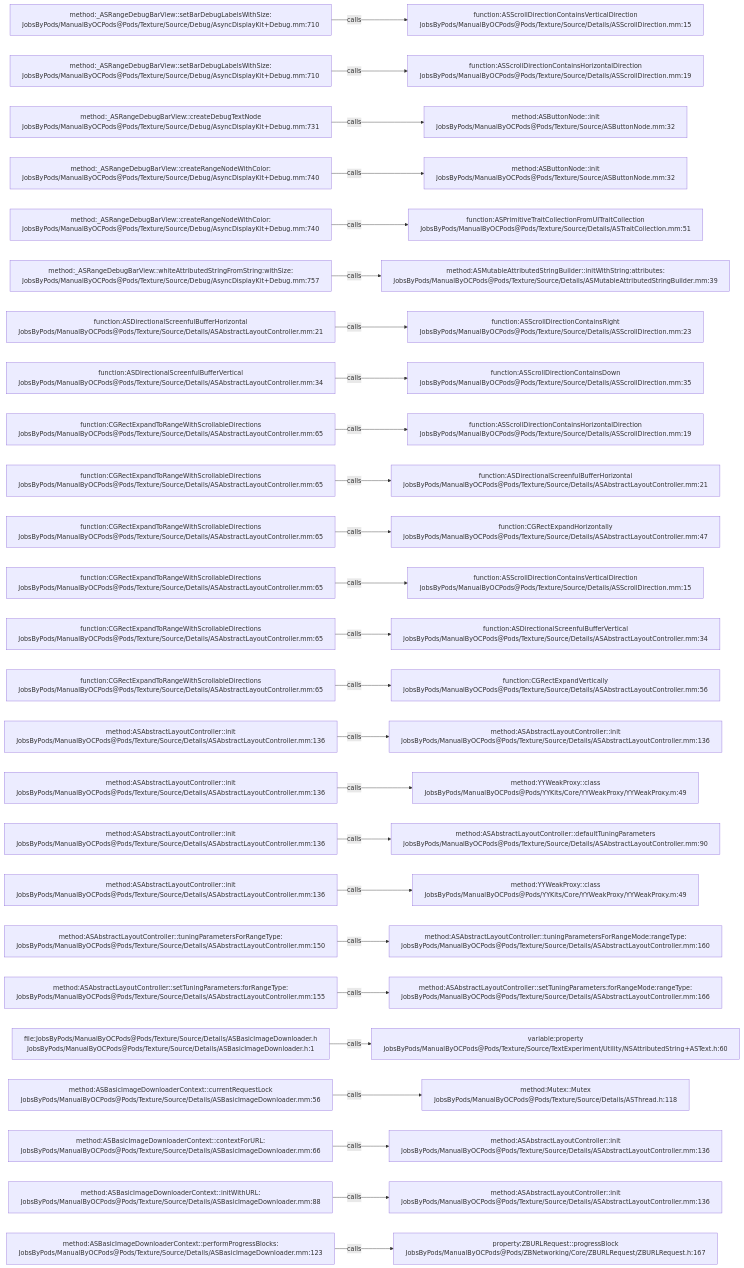
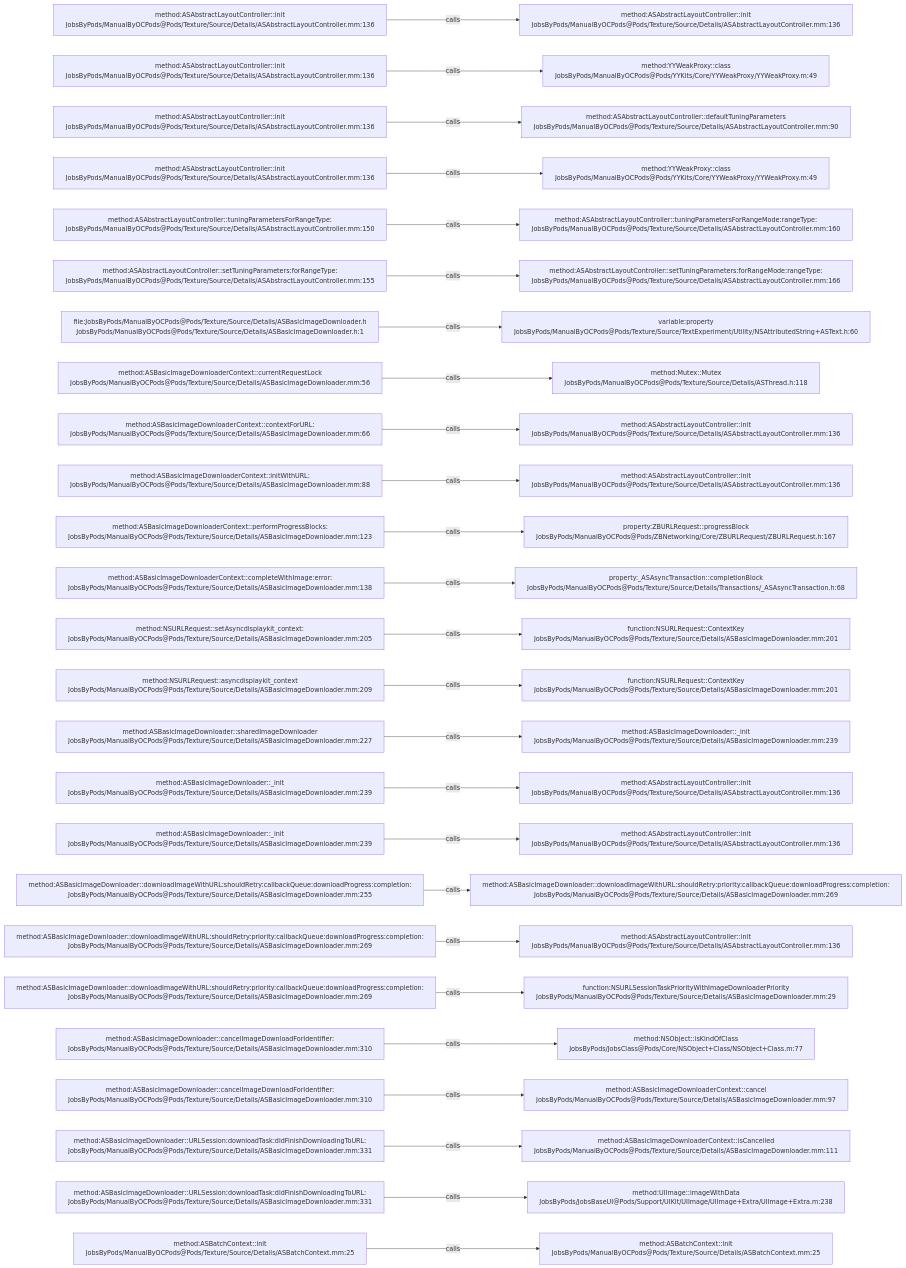
One commit to JobsKits/JobsOCBaseConfigDemo changed the diagram in .codegraph/codegraph.md/graphs/calls-152.md. Above: the diagram before and after it, drawn with Mermaid. The commit also changed 296 other files, not shown here.

````diff
--- a/.codegraph/codegraph.md/graphs/calls-152.md
+++ b/.codegraph/codegraph.md/graphs/calls-152.md
@@ -13,78 +13,78 @@
 ```mermaid
 flowchart LR
-  S1["method:_ASRangeDebugBarView::setBarDebugLabelsWithSize:<br/>JobsByPods/ManualByOCPods@Pods/Texture/Source/Debug/AsyncDisplayKit+Debug.mm:710"]
-  T1["function:ASScrollDirectionContainsVerticalDirection<br/>JobsByPods/ManualByOCPods@Pods/Texture/Source/Details/ASScrollDirection.mm:15"]
+  S1["method:ASAbstractLayoutController::init<br/>JobsByPods/ManualByOCPods@Pods/Texture/Source/Details/ASAbstractLayoutController.mm:136"]
+  T1["method:ASAbstractLayoutController::init<br/>JobsByPods/ManualByOCPods@Pods/Texture/Source/Details/ASAbstractLayoutController.mm:136"]
   S1 -->|calls| T1
-  S2["method:_ASRangeDebugBarView::setBarDebugLabelsWithSize:<br/>JobsByPods/ManualByOCPods@Pods/Texture/Source/Debug/AsyncDisplayKit+Debug.mm:710"]
-  T2["function:ASScrollDirectionContainsHorizontalDirection<br/>JobsByPods/ManualByOCPods@Pods/Texture/Source/Details/ASScrollDirection.mm:19"]
+  S2["method:ASAbstractLayoutController::init<br/>JobsByPods/ManualByOCPods@Pods/Texture/Source/Details/ASAbstractLayoutController.mm:136"]
+  T2["method:YYWeakProxy::class<br/>JobsByPods/ManualByOCPods@Pods/YYKits/Core/YYWeakProxy/YYWeakProxy.m:49"]
   S2 -->|calls| T2
-  S3["method:_ASRangeDebugBarView::createDebugTextNode<br/>JobsByPods/ManualByOCPods@Pods/Texture/Source/Debug/AsyncDisplayKit+Debug.mm:731"]
-  T3["method:ASButtonNode::init<br/>JobsByPods/ManualByOCPods@Pods/Texture/Source/ASButtonNode.mm:32"]
+  S3["method:ASAbstractLayoutController::init<br/>JobsByPods/ManualByOCPods@Pods/Texture/Source/Details/ASAbstractLayoutController.mm:136"]
+  T3["method:ASAbstractLayoutController::defaultTuningParameters<br/>JobsByPods/ManualByOCPods@Pods/Texture/Source/Details/ASAbstractLayoutController.mm:90"]
   S3 -->|calls| T3
-  S4["method:_ASRangeDebugBarView::createRangeNodeWithColor:<br/>JobsByPods/ManualByOCPods@Pods/Texture/Source/Debug/AsyncDisplayKit+Debug.mm:740"]
-  T4["method:ASButtonNode::init<br/>JobsByPods/ManualByOCPods@Pods/Texture/Source/ASButtonNode.mm:32"]
+  S4["method:ASAbstractLayoutController::init<br/>JobsByPods/ManualByOCPods@Pods/Texture/Source/Details/ASAbstractLayoutController.mm:136"]
+  T4["method:YYWeakProxy::class<br/>JobsByPods/ManualByOCPods@Pods/YYKits/Core/YYWeakProxy/YYWeakProxy.m:49"]
   S4 -->|calls| T4
-  S5["method:_ASRangeDebugBarView::createRangeNodeWithColor:<br/>JobsByPods/ManualByOCPods@Pods/Texture/Source/Debug/AsyncDisplayKit+Debug.mm:740"]
-  T5["function:ASPrimitiveTraitCollectionFromUITraitCollection<br/>JobsByPods/ManualByOCPods@Pods/Texture/Source/Details/ASTraitCollection.mm:51"]
+  S5["method:ASAbstractLayoutController::tuningParametersForRangeType:<br/>JobsByPods/ManualByOCPods@Pods/Texture/Source/Details/ASAbstractLayoutController.mm:150"]
+  T5["method:ASAbstractLayoutController::tuningParametersForRangeMode:rangeType:<br/>JobsByPods/ManualByOCPods@Pods/Texture/Source/Details/ASAbstractLayoutController.mm:160"]
   S5 -->|calls| T5
-  S6["method:_ASRangeDebugBarView::whiteAttributedStringFromString:withSize:<br/>JobsByPods/ManualByOCPods@Pods/Texture/Source/Debug/AsyncDisplayKit+Debug.mm:757"]
-  T6["method:ASMutableAttributedStringBuilder::initWithString:attributes:<br/>JobsByPods/ManualByOCPods@Pods/Texture/Source/Details/ASMutableAttributedStringBuilder.mm:39"]
+  S6["method:ASAbstractLayoutController::setTuningParameters:forRangeType:<br/>JobsByPods/ManualByOCPods@Pods/Texture/Source/Details/ASAbstractLayoutController.mm:155"]
+  T6["method:ASAbstractLayoutController::setTuningParameters:forRangeMode:rangeType:<br/>JobsByPods/ManualByOCPods@Pods/Texture/Source/Details/ASAbstractLayoutController.mm:166"]
   S6 -->|calls| T6
-  S7["function:ASDirectionalScreenfulBufferHorizontal<br/>JobsByPods/ManualByOCPods@Pods/Texture/Source/Details/ASAbstractLayoutController.mm:21"]
-  T7["function:ASScrollDirectionContainsRight<br/>JobsByPods/ManualByOCPods@Pods/Texture/Source/Details/ASScrollDirection.mm:23"]
+  S7["file:JobsByPods/ManualByOCPods@Pods/Texture/Source/Details/ASBasicImageDownloader.h<br/>JobsByPods/ManualByOCPods@Pods/Texture/Source/Details/ASBasicImageDownloader.h:1"]
+  T7["variable:property<br/>JobsByPods/ManualByOCPods@Pods/Texture/Source/TextExperiment/Utility/NSAttributedString+ASText.h:60"]
   S7 -->|calls| T7
-  S8["function:ASDirectionalScreenfulBufferVertical<br/>JobsByPods/ManualByOCPods@Pods/Texture/Source/Details/ASAbstractLayoutController.mm:34"]
-  T8["function:ASScrollDirectionContainsDown<br/>JobsByPods/ManualByOCPods@Pods/Texture/Source/Details/ASScrollDirection.mm:35"]
+  S8["method:ASBasicImageDownloaderContext::currentRequestLock<br/>JobsByPods/ManualByOCPods@Pods/Texture/Source/Details/ASBasicImageDownloader.mm:56"]
+  T8["method:Mutex::Mutex<br/>JobsByPods/ManualByOCPods@Pods/Texture/Source/Details/ASThread.h:118"]
   S8 -->|calls| T8
-  S9["function:CGRectExpandToRangeWithScrollableDirections<br/>JobsByPods/ManualByOCPods@Pods/Texture/Source/Details/ASAbstractLayoutController.mm:65"]
-  T9["function:ASScrollDirectionContainsHorizontalDirection<br/>JobsByPods/ManualByOCPods@Pods/Texture/Source/Details/ASScrollDirection.mm:19"]
+  S9["method:ASBasicImageDownloaderContext::contextForURL:<br/>JobsByPods/ManualByOCPods@Pods/Texture/Source/Details/ASBasicImageDownloader.mm:66"]
+  T9["method:ASAbstractLayoutController::init<br/>JobsByPods/ManualByOCPods@Pods/Texture/Source/Details/ASAbstractLayoutController.mm:136"]
   S9 -->|calls| T9
-  S10["function:CGRectExpandToRangeWithScrollableDirections<br/>JobsByPods/ManualByOCPods@Pods/Texture/Source/Details/ASAbstractLayoutController.mm:65"]
-  T10["function:ASDirectionalScreenfulBufferHorizontal<br/>JobsByPods/ManualByOCPods@Pods/Texture/Source/Details/ASAbstractLayoutController.mm:21"]
+  S10["method:ASBasicImageDownloaderContext::initWithURL:<br/>JobsByPods/ManualByOCPods@Pods/Texture/Source/Details/ASBasicImageDownloader.mm:88"]
+  T10["method:ASAbstractLayoutController::init<br/>JobsByPods/ManualByOCPods@Pods/Texture/Source/Details/ASAbstractLayoutController.mm:136"]
   S10 -->|calls| T10
-  S11["function:CGRectExpandToRangeWithScrollableDirections<br/>JobsByPods/ManualByOCPods@Pods/Texture/Source/Details/ASAbstractLayoutController.mm:65"]
-  T11["function:CGRectExpandHorizontally<br/>JobsByPods/ManualByOCPods@Pods/Texture/Source/Details/ASAbstractLayoutController.mm:47"]
+  S11["method:ASBasicImageDownloaderContext::performProgressBlocks:<br/>JobsByPods/ManualByOCPods@Pods/Texture/Source/Details/ASBasicImageDownloader.mm:123"]
+  T11["property:ZBURLRequest::progressBlock<br/>JobsByPods/ManualByOCPods@Pods/ZBNetworking/Core/ZBURLRequest/ZBURLRequest.h:167"]
   S11 -->|calls| T11
-  S12["function:CGRectExpandToRangeWithScrollableDirections<br/>JobsByPods/ManualByOCPods@Pods/Texture/Source/Details/ASAbstractLayoutController.mm:65"]
-  T12["function:ASScrollDirectionContainsVerticalDirection<br/>JobsByPods/ManualByOCPods@Pods/Texture/Source/Details/ASScrollDirection.mm:15"]
+  S12["method:ASBasicImageDownloaderContext::completeWithImage:error:<br/>JobsByPods/ManualByOCPods@Pods/Texture/Source/Details/ASBasicImageDownloader.mm:138"]
+  T12["property:_ASAsyncTransaction::completionBlock<br/>JobsByPods/ManualByOCPods@Pods/Texture/Source/Details/Transactions/_ASAsyncTransaction.h:68"]
   S12 -->|calls| T12
-  S13["function:CGRectExpandToRangeWithScrollableDirections<br/>JobsByPods/ManualByOCPods@Pods/Texture/Source/Details/ASAbstractLayoutController.mm:65"]
-  T13["function:ASDirectionalScreenfulBufferVertical<br/>JobsByPods/ManualByOCPods@Pods/Texture/Source/Details/ASAbstractLayoutController.mm:34"]
+  S13["method:NSURLRequest::setAsyncdisplaykit_context:<br/>JobsByPods/ManualByOCPods@Pods/Texture/Source/Details/ASBasicImageDownloader.mm:205"]
+  T13["function:NSURLRequest::ContextKey<br/>JobsByPods/ManualByOCPods@Pods/Texture/Source/Details/ASBasicImageDownloader.mm:201"]
   S13 -->|calls| T13
-  S14["function:CGRectExpandToRangeWithScrollableDirections<br/>JobsByPods/ManualByOCPods@Pods/Texture/Source/Details/ASAbstractLayoutController.mm:65"]
-  T14["function:CGRectExpandVertically<br/>JobsByPods/ManualByOCPods@Pods/Texture/Source/Details/ASAbstractLayoutController.mm:56"]
+  S14["method:NSURLRequest::asyncdisplaykit_context<br/>JobsByPods/ManualByOCPods@Pods/Texture/Source/Details/ASBasicImageDownloader.mm:209"]
+  T14["function:NSURLRequest::ContextKey<br/>JobsByPods/ManualByOCPods@Pods/Texture/Source/Details/ASBasicImageDownloader.mm:201"]
   S14 -->|calls| T14
-  S15["method:ASAbstractLayoutController::init<br/>JobsByPods/ManualByOCPods@Pods/Texture/Source/Details/ASAbstractLayoutController.mm:136"]
-  T15["method:ASAbstractLayoutController::init<br/>JobsByPods/ManualByOCPods@Pods/Texture/Source/Details/ASAbstractLayoutController.mm:136"]
+  S15["method:ASBasicImageDownloader::sharedImageDownloader<br/>JobsByPods/ManualByOCPods@Pods/Texture/Source/Details/ASBasicImageDownloader.mm:227"]
+  T15["method:ASBasicImageDownloader::_init<br/>JobsByPods/ManualByOCPods@Pods/Texture/Source/Details/ASBasicImageDownloader.mm:239"]
   S15 -->|calls| T15
-  S16["method:ASAbstractLayoutController::init<br/>JobsByPods/ManualByOCPods@Pods/Texture/Source/Details/ASAbstractLayoutController.mm:136"]
-  T16["method:YYWeakProxy::class<br/>JobsByPods/ManualByOCPods@Pods/YYKits/Core/YYWeakProxy/YYWeakProxy.m:49"]
+  S16["method:ASBasicImageDownloader::_init<br/>JobsByPods/ManualByOCPods@Pods/Texture/Source/Details/ASBasicImageDownloader.mm:239"]
+  T16["method:ASAbstractLayoutController::init<br/>JobsByPods/ManualByOCPods@Pods/Texture/Source/Details/ASAbstractLayoutController.mm:136"]
   S16 -->|calls| T16
-  S17["method:ASAbstractLayoutController::init<br/>JobsByPods/ManualByOCPods@Pods/Texture/Source/Details/ASAbstractLayoutController.mm:136"]
-  T17["method:ASAbstractLayoutController::defaultTuningParameters<br/>JobsByPods/ManualByOCPods@Pods/Texture/Source/Details/ASAbstractLayoutController.mm:90"]
+  S17["method:ASBasicImageDownloader::_init<br/>JobsByPods/ManualByOCPods@Pods/Texture/Source/Details/ASBasicImageDownloader.mm:239"]
+  T17["method:ASAbstractLayoutController::init<br/>JobsByPods/ManualByOCPods@Pods/Texture/Source/Details/ASAbstractLayoutController.mm:136"]
   S17 -->|calls| T17
-  S18["method:ASAbstractLayoutController::init<br/>JobsByPods/ManualByOCPods@Pods/Texture/Source/Details/ASAbstractLayoutController.mm:136"]
-  T18["method:YYWeakProxy::class<br/>JobsByPods/ManualByOCPods@Pods/YYKits/Core/YYWeakProxy/YYWeakProxy.m:49"]
+  S18["method:ASBasicImageDownloader::downloadImageWithURL:shouldRetry:callbackQueue:downloadProgress:completion:<br/>JobsByPods/ManualByOCPods@Pods/Texture/Source/Details/ASBasicImageDownloader.mm:255"]
+  T18["method:ASBasicImageDownloader::downloadImageWithURL:shouldRetry:priority:callbackQueue:downloadProgress:completion:<br/>JobsByPods/ManualByOCPods@Pods/Texture/Source/Details/ASBasicImageDownloader.mm:269"]
   S18 -->|calls| T18
-  S19["method:ASAbstractLayoutController::tuningParametersForRangeType:<br/>JobsByPods/ManualByOCPods@Pods/Texture/Source/Details/ASAbstractLayoutController.mm:150"]
-  T19["method:ASAbstractLayoutController::tuningParametersForRangeMode:rangeType:<br/>JobsByPods/ManualByOCPods@Pods/Texture/Source/Details/ASAbstractLayoutController.mm:160"]
+  S19["method:ASBasicImageDownloader::downloadImageWithURL:shouldRetry:priority:callbackQueue:downloadProgress:completion:<br/>JobsByPods/ManualByOCPods@Pods/Texture/Source/Details/ASBasicImageDownloader.mm:269"]
+  T19["method:ASAbstractLayoutController::init<br/>JobsByPods/ManualByOCPods@Pods/Texture/Source/Details/ASAbstractLayoutController.mm:136"]
   S19 -->|calls| T19
-  S20["method:ASAbstractLayoutController::setTuningParameters:forRangeType:<br/>JobsByPods/ManualByOCPods@Pods/Texture/Source/Details/ASAbstractLayoutController.mm:155"]
-  T20["method:ASAbstractLayoutController::setTuningParameters:forRangeMode:rangeType:<br/>JobsByPods/ManualByOCPods@Pods/Texture/Source/Details/ASAbstractLayoutController.mm:166"]
+  S20["method:ASBasicImageDownloader::downloadImageWithURL:shouldRetry:priority:callbackQueue:downloadProgress:completion:<br/>JobsByPods/ManualByOCPods@Pods/Texture/Source/Details/ASBasicImageDownloader.mm:269"]
+  T20["function:NSURLSessionTaskPriorityWithImageDownloaderPriority<br/>JobsByPods/ManualByOCPods@Pods/Texture/Source/Details/ASBasicImageDownloader.mm:29"]
   S20 -->|calls| T20
-  S21["file:JobsByPods/ManualByOCPods@Pods/Texture/Source/Details/ASBasicImageDownloader.h<br/>JobsByPods/ManualByOCPods@Pods/Texture/Source/Details/ASBasicImageDownloader.h:1"]
-  T21["variable:property<br/>JobsByPods/ManualByOCPods@Pods/Texture/Source/TextExperiment/Utility/NSAttributedString+ASText.h:60"]
+  S21["method:ASBasicImageDownloader::cancelImageDownloadForIdentifier:<br/>JobsByPods/ManualByOCPods@Pods/Texture/Source/Details/ASBasicImageDownloader.mm:310"]
+  T21["method:NSObject::isKindOfClass<br/>JobsByPods/JobsClass@Pods/Core/NSObject+Class/NSObject+Class.m:77"]
   S21 -->|calls| T21
-  S22["method:ASBasicImageDownloaderContext::currentRequestLock<br/>JobsByPods/ManualByOCPods@Pods/Texture/Source/Details/ASBasicImageDownloader.mm:56"]
-  T22["method:Mutex::Mutex<br/>JobsByPods/ManualByOCPods@Pods/Texture/Source/Details/ASThread.h:118"]
+  S22["method:ASBasicImageDownloader::cancelImageDownloadForIdentifier:<br/>JobsByPods/ManualByOCPods@Pods/Texture/Source/Details/ASBasicImageDownloader.mm:310"]
+  T22["method:ASBasicImageDownloaderContext::cancel<br/>JobsByPods/ManualByOCPods@Pods/Texture/Source/Details/ASBasicImageDownloader.mm:97"]
   S22 -->|calls| T22
-  S23["method:ASBasicImageDownloaderContext::contextForURL:<br/>JobsByPods/ManualByOCPods@Pods/Texture/Source/Details/ASBasicImageDownloader.mm:66"]
-  T23["method:ASAbstractLayoutController::init<br/>JobsByPods/ManualByOCPods@Pods/Texture/Source/Details/ASAbstractLayoutController.mm:136"]
+  S23["method:ASBasicImageDownloader::URLSession:downloadTask:didFinishDownloadingToURL:<br/>JobsByPods/ManualByOCPods@Pods/Texture/Source/Details/ASBasicImageDownloader.mm:331"]
+  T23["method:ASBasicImageDownloaderContext::isCancelled<br/>JobsByPods/ManualByOCPods@Pods/Texture/Source/Details/ASBasicImageDownloader.mm:111"]
   S23 -->|calls| T23
-  S24["method:ASBasicImageDownloaderContext::initWithURL:<br/>JobsByPods/ManualByOCPods@Pods/Texture/Source/Details/ASBasicImageDownloader.mm:88"]
-  T24["method:ASAbstractLayoutController::init<br/>JobsByPods/ManualByOCPods@Pods/Texture/Source/Details/ASAbstractLayoutController.mm:136"]
+  S24["method:ASBasicImageDownloader::URLSession:downloadTask:didFinishDownloadingToURL:<br/>JobsByPods/ManualByOCPods@Pods/Texture/Source/Details/ASBasicImageDownloader.mm:331"]
+  T24["method:UIImage::imageWithData<br/>JobsByPods/JobsBaseUI@Pods/Support/UIKit/UIImage/UIImage+Extra/UIImage+Extra.m:238"]
   S24 -->|calls| T24
-  S25["method:ASBasicImageDownloaderContext::performProgressBlocks:<br/>JobsByPods/ManualByOCPods@Pods/Texture/Source/Details/ASBasicImageDownloader.mm:123"]
-  T25["property:ZBURLRequest::progressBlock<br/>JobsByPods/ManualByOCPods@Pods/ZBNetworking/Core/ZBURLRequest/ZBURLRequest.h:167"]
+  S25["method:ASBatchContext::init<br/>JobsByPods/ManualByOCPods@Pods/Texture/Source/Details/ASBatchContext.mm:25"]
+  T25["method:ASBatchContext::init<br/>JobsByPods/ManualByOCPods@Pods/Texture/Source/Details/ASBatchContext.mm:25"]
   S25 -->|calls| T25
 ```
````
